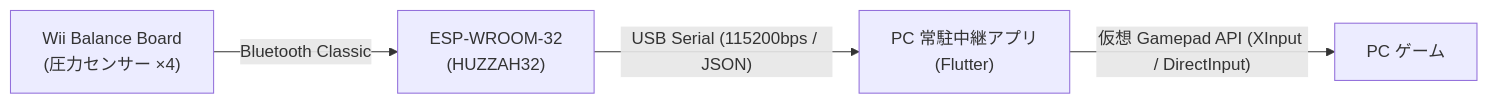
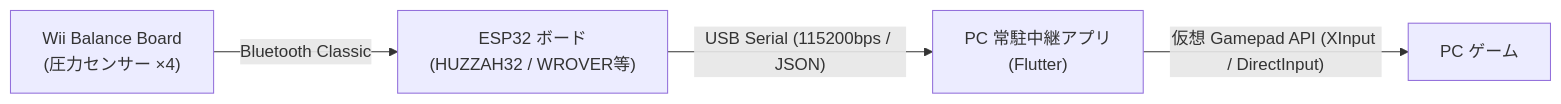
One commit to tfuru/BalanceBoard-Gamepad changed the diagram in README.md. Above: the diagram before and after it, drawn with Mermaid. The commit also changed other lines of this file and 2 other files, not shown here.

Commit message:
docs: ルートおよび Firmware の README に対応ボード（Freenove ESP32-WROVER 等）を追加

````diff
--- a/README.md
+++ b/README.md
@@ -13,6 +13,6 @@
 ```mermaid
 flowchart LR
-    WBB["Wii Balance Board\n(圧力センサー ×4)"] -- Bluetooth Classic --> ESP["ESP-WROOM-32\n(HUZZAH32)"]
+    WBB["Wii Balance Board\n(圧力センサー ×4)"] -- Bluetooth Classic --> ESP["ESP32 ボード\n(HUZZAH32 / WROVER等)"]
     ESP -- USB Serial (115200bps / JSON) --> App["PC 常駐中継アプリ\n(Flutter)"]
     App -- 仮想 Gamepad API (XInput / DirectInput) --> Game["PC ゲーム"]
 ```
````
